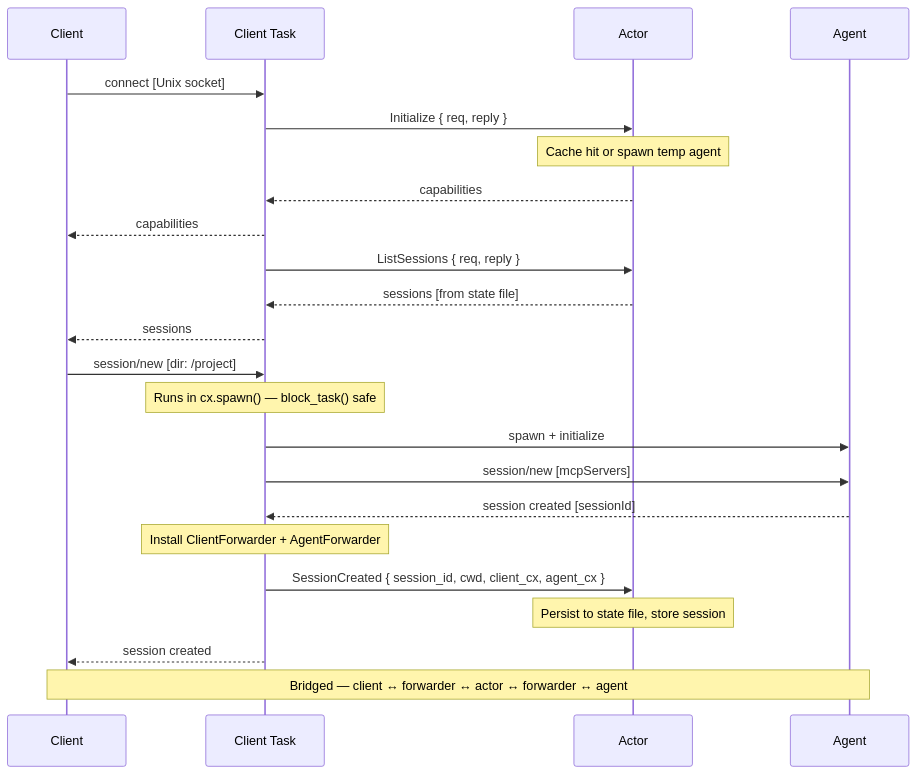
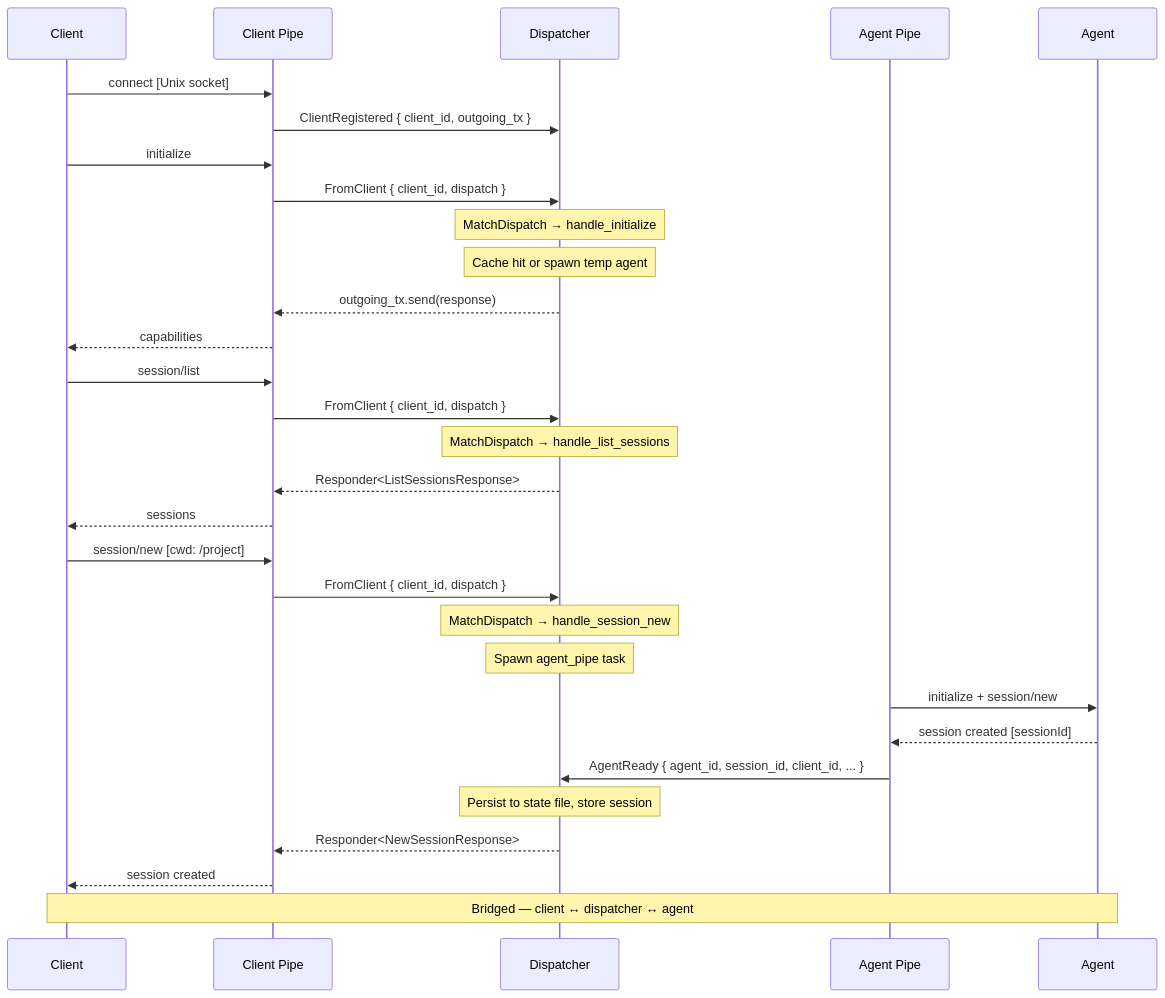
Before and after one commit to sparkle-ai-space/jamsession: the diagram in md/design/flow-new-session.md, drawn with Mermaid. The commit also changed other lines of this file and 9 other files, not shown here.

First line of the commit message:
docs: rewrite design docs to match dispatcher refactor

````diff
--- a/md/design/flow-new-session.md
+++ b/md/design/flow-new-session.md
@@ -5,29 +5,36 @@
 ```mermaid
 sequenceDiagram
     participant C as Client
-    participant CT as Client Task
-    participant A as Actor
+    participant CP as Client Pipe
+    participant D as Dispatcher
+    participant AP as Agent Pipe
     participant Ag as Agent
 
-    C->>CT: connect [Unix socket]
-    CT->>A: Initialize { req, reply }
-    Note over A: Cache hit or spawn temp agent
-    A-->>CT: capabilities
-    CT-->>C: capabilities
+    C->>CP: connect [Unix socket]
+    CP->>D: ClientRegistered { client_id, outgoing_tx }
+    C->>CP: initialize
+    CP->>D: FromClient { client_id, dispatch }
+    Note over D: MatchDispatch → handle_initialize
+    Note over D: Cache hit or spawn temp agent
+    D-->>CP: outgoing_tx.send(response)
+    CP-->>C: capabilities
 
-    CT->>A: ListSessions { req, reply }
-    A-->>CT: sessions [from state file]
-    CT-->>C: sessions
+    C->>CP: session/list
+    CP->>D: FromClient { client_id, dispatch }
+    Note over D: MatchDispatch → handle_list_sessions
+    D-->>CP: Responder<ListSessionsResponse>
+    CP-->>C: sessions
 
-    C->>CT: session/new [dir: /project]
-    Note over CT: Runs in cx.spawn() — block_task() safe
-    CT->>Ag: spawn + initialize
-    CT->>Ag: session/new [mcpServers]
-    Ag-->>CT: session created [sessionId]
-    Note over CT: Install ClientForwarder + AgentForwarder
-    CT->>A: SessionCreated { session_id, cwd, client_cx, agent_cx }
-    Note over A: Persist to state file, store session
-    CT-->>C: session created
+    C->>CP: session/new [cwd: /project]
+    CP->>D: FromClient { client_id, dispatch }
+    Note over D: MatchDispatch → handle_session_new
+    Note over D: Spawn agent_pipe task
+    AP->>Ag: initialize + session/new
+    Ag-->>AP: session created [sessionId]
+    AP->>D: AgentReady { agent_id, session_id, client_id, ... }
+    Note over D: Persist to state file, store session
+    D-->>CP: Responder<NewSessionResponse>
+    CP-->>C: session created
 
-    Note over C,Ag: Bridged — client ↔ forwarder ↔ actor ↔ forwarder ↔ agent
+    Note over C,Ag: Bridged — client ↔ dispatcher ↔ agent
 ```
````
